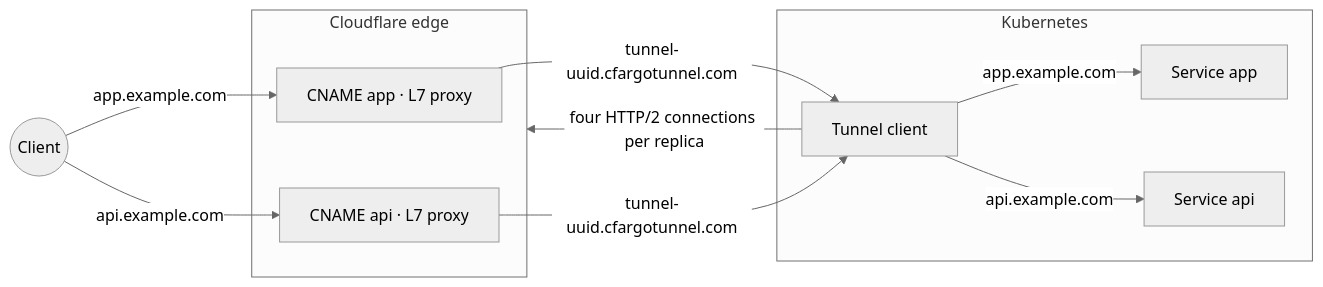
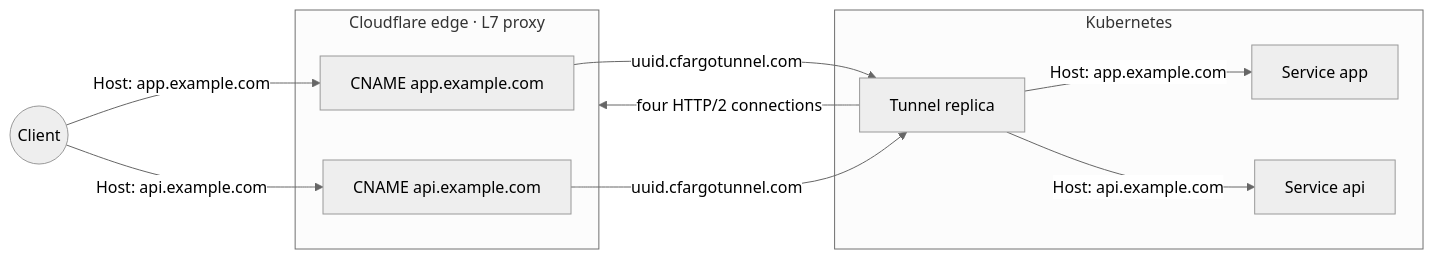
One commit to matheuscscp/cloudflare-gateway-controller changed the diagram in README.md. Above: the diagram before and after it, drawn with Mermaid (neutral theme).

Commit message:
Improve diagram

````diff
--- a/README.md
+++ b/README.md
@@ -24,18 +24,18 @@
 ```mermaid
 flowchart LR
     C((Client))
-    C -->|app.example.com| CNA
-    C -->|api.example.com| CNB
-    subgraph cfe[Cloudflare edge]
-        CNA["CNAME app · L7 proxy"]
-        CNB["CNAME api · L7 proxy"]
+    C -->|Host: app.example.com| CNA
+    C -->|Host: api.example.com| CNB
+    subgraph cfe[Cloudflare edge · L7 proxy]
+        CNA[CNAME app.example.com]
+        CNB[CNAME api.example.com]
     end
-    CNA -->|"tunnel-uuid.cfargotunnel.com"| T
-    CNB -->|"tunnel-uuid.cfargotunnel.com"| T
+    CNA -->|uuid.cfargotunnel.com| T
+    CNB -->|uuid.cfargotunnel.com| T
     subgraph Kubernetes
-        T[Tunnel client]
-        T -->|app.example.com| SA[Service app]
-        T -->|api.example.com| SB[Service api]
+        T[Tunnel replica]
+        T -->|Host: app.example.com| SA[Service app]
+        T -->|Host: api.example.com| SB[Service api]
     end
-    T -->|four HTTP/2 connections per replica| cfe
+    T -->|four HTTP/2 connections| cfe
 ```
````
